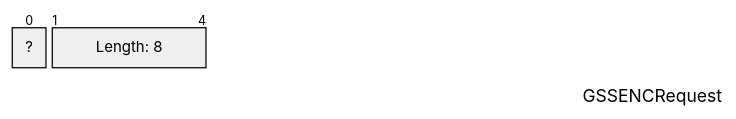
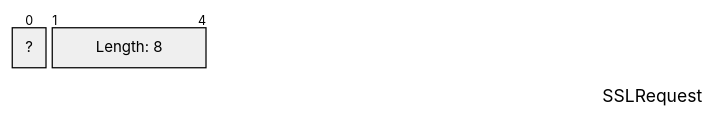
The sixth of 13 diagrams in docs/examples/exports/pagila-13-cancelrequest/capture.mermaid.pkt.md (xfischer/pg_protoexport), drawn with Mermaid (neutral theme) before and after one commit. The commit also changed other lines of this file and 135 other files, not shown here.

````diff
--- a/docs/examples/exports/pagila-13-cancelrequest/capture.mermaid.pkt.md
+++ b/docs/examples/exports/pagila-13-cancelrequest/capture.mermaid.pkt.md
@@ -80,11 +80,11 @@
 ```mermaid
 ---
-title: "GSSENCRequest"
+title: "SSLRequest"
 config:
   packet:
     bitsPerRow: 32
 ---
 packet
     +1: "?"
     +4: "Length: 8"
 ```
````
